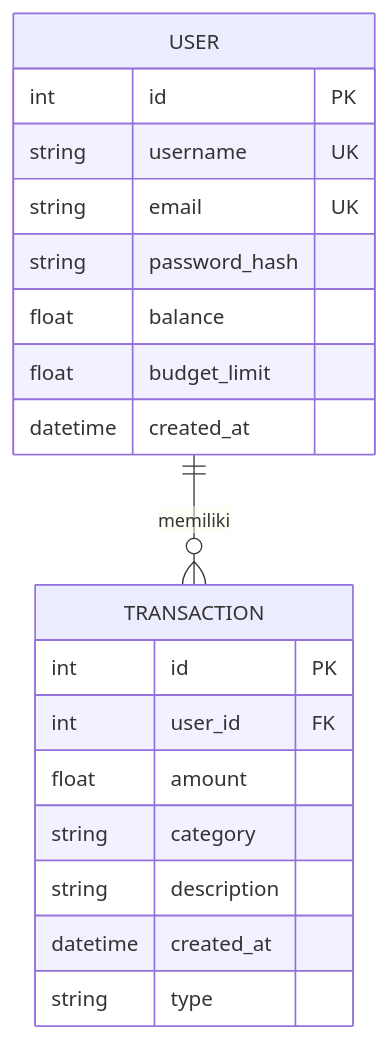
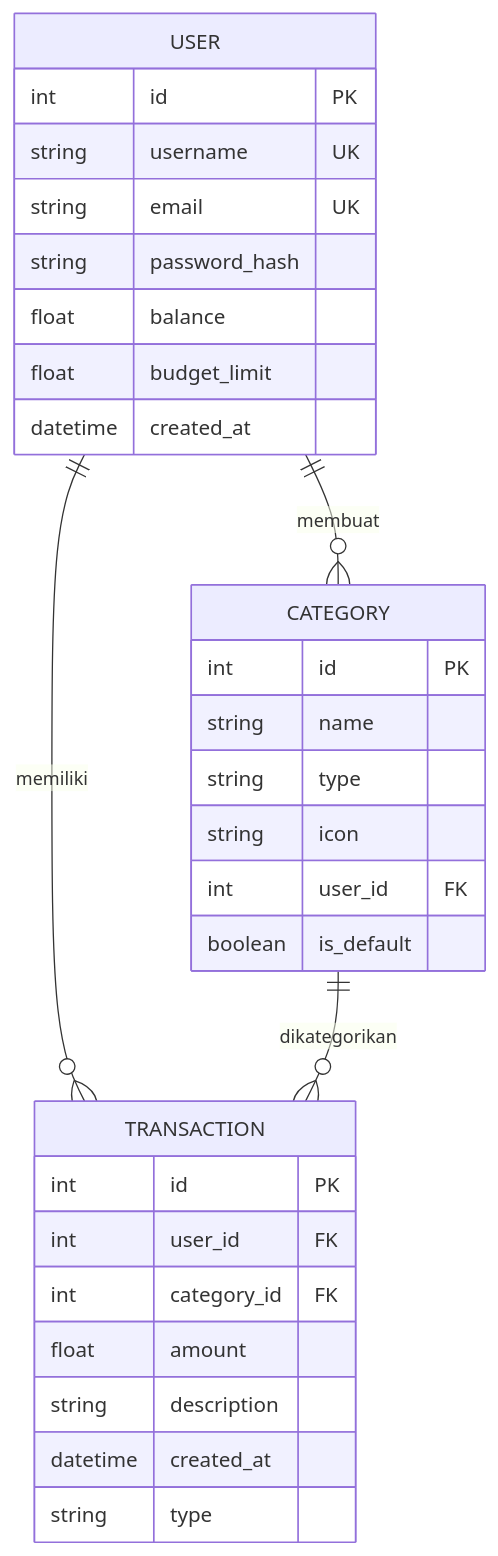
Before and after one commit to suzuy1/personal-finance-tracker: the diagram in README.md, drawn with Mermaid. The commit also changed other lines of this file and 3 other files, not shown here.

````diff
--- a/README.md
+++ b/README.md
@@ -104,24 +115,35 @@
 ```mermaid
 erDiagram
     USER {
         int id PK
         string username UK
         string email UK
         string password_hash
         float balance
         float budget_limit
         datetime created_at
     }
 
+    CATEGORY {
+        int id PK
+        string name
+        string type
+        string icon
+        int user_id FK
+        boolean is_default
+    }
+
     TRANSACTION {
         int id PK
         int user_id FK
+        int category_id FK
         float amount
-        string category
         string description
         datetime created_at
         string type
     }
 
+    USER ||--o{ CATEGORY : "membuat"
     USER ||--o{ TRANSACTION : "memiliki"
+    CATEGORY ||--o{ TRANSACTION : "dikategorikan"
 ```
````
